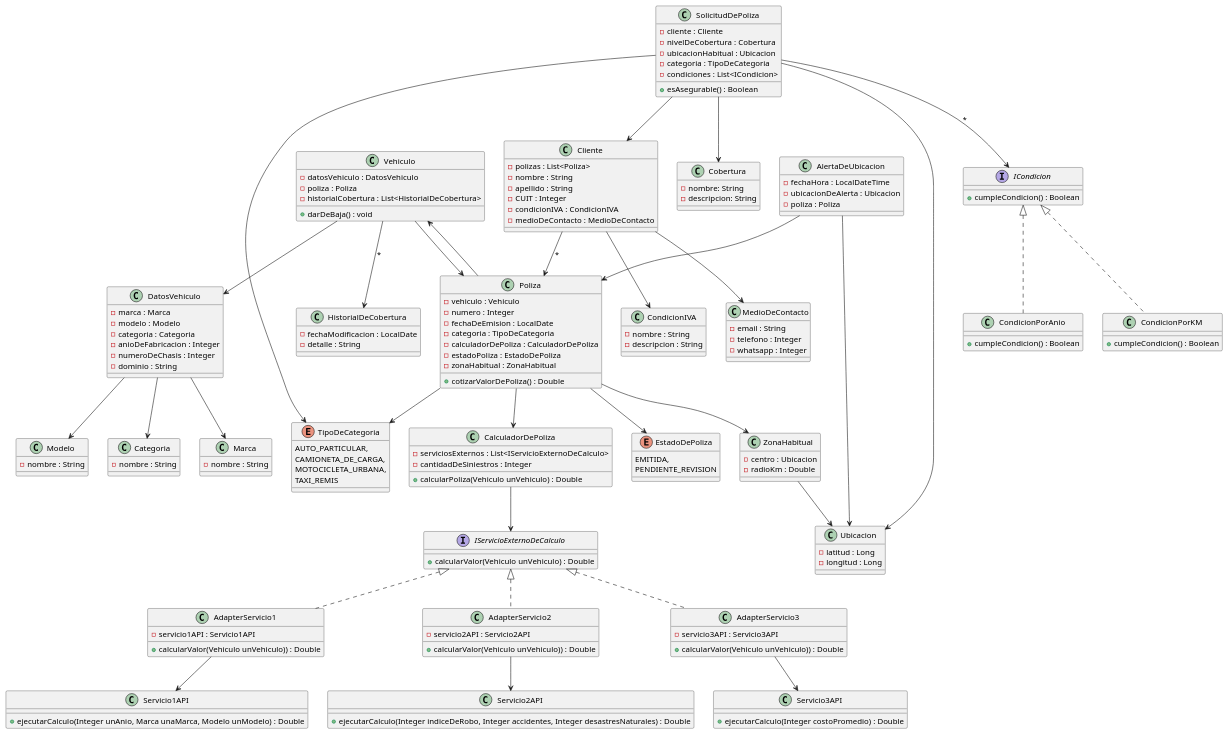
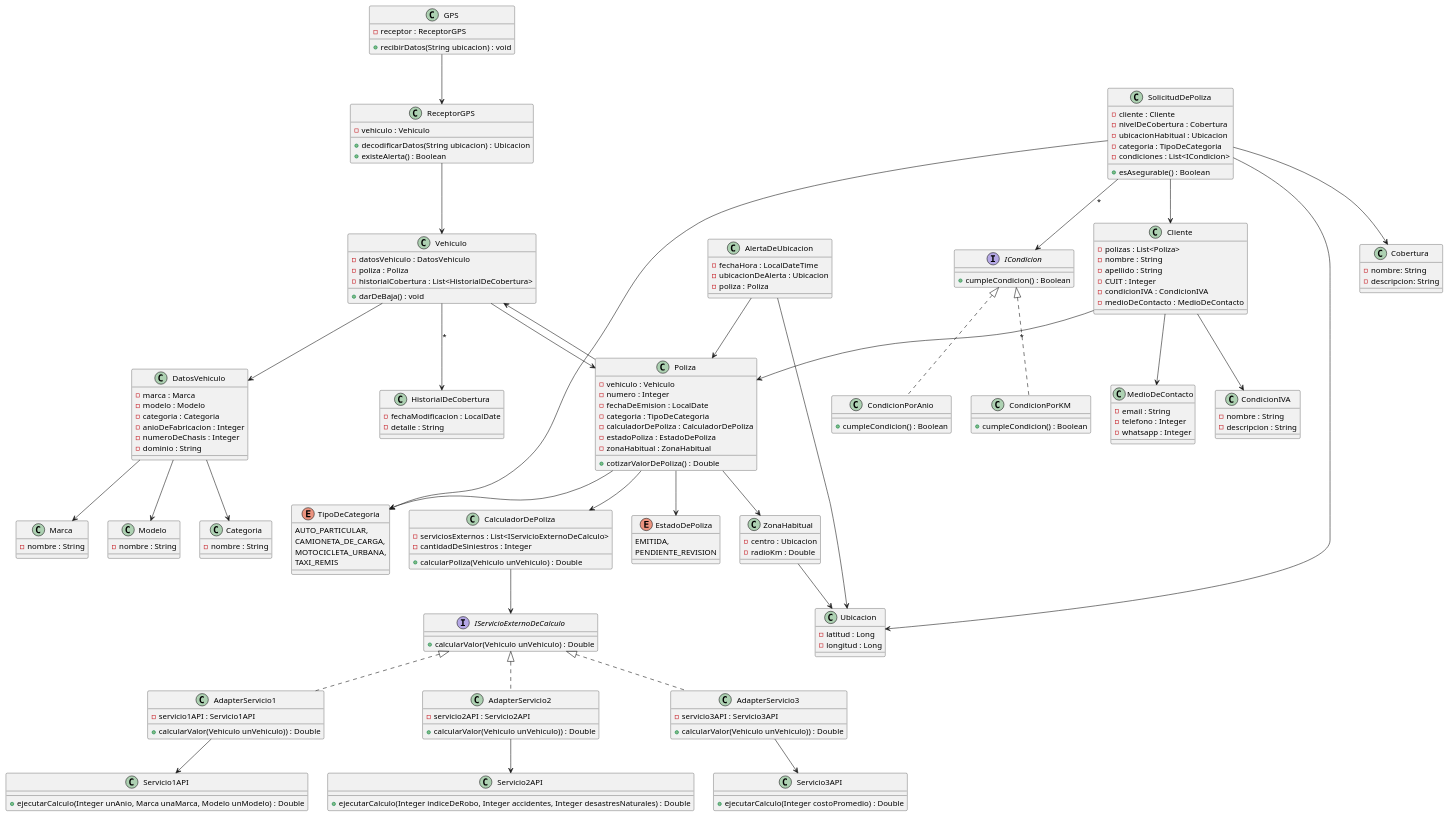
One commit to gonzivaser/DDSI-2025 changed the diagram in Practica 1er Parcial/Final Seguros De Autos 15-02-2025/Modelo de Dominio.puml. Above: the diagram before and after it, drawn with PlantUML.

Commit message:
Practicando

```diff
--- a/Practica 1er Parcial/Final Seguros De Autos 15-02-2025/Modelo de Dominio.puml
+++ b/Practica 1er Parcial/Final Seguros De Autos 15-02-2025/Modelo de Dominio.puml
@@ -162,6 +162,19 @@
     - radioKm : Double
 }
 
+class ReceptorGPS {
+    - vehiculo : Vehiculo
+
+    + decodificarDatos(String ubicacion) : Ubicacion
+    + existeAlerta() : Boolean
+}
+
+class GPS {
+    - receptor : ReceptorGPS
+
+    + recibirDatos(String ubicacion) : void
+}
+
 Vehiculo --> DatosVehiculo
 Vehiculo --> Poliza
 Vehiculo --> HistorialDeCobertura : "*"
@@ -197,5 +210,8 @@
 AlertaDeUbicacion --> Poliza
 AlertaDeUbicacion --> Ubicacion
 
+GPS --> ReceptorGPS
+
+ReceptorGPS --> Vehiculo
 
 @enduml
```
